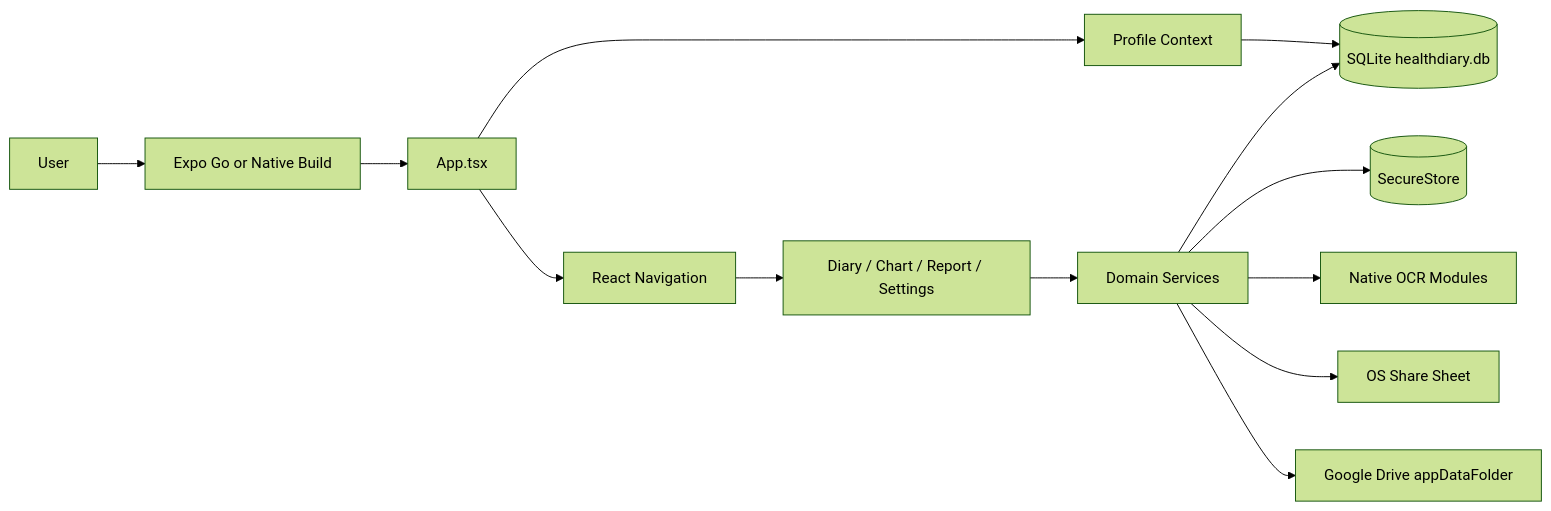
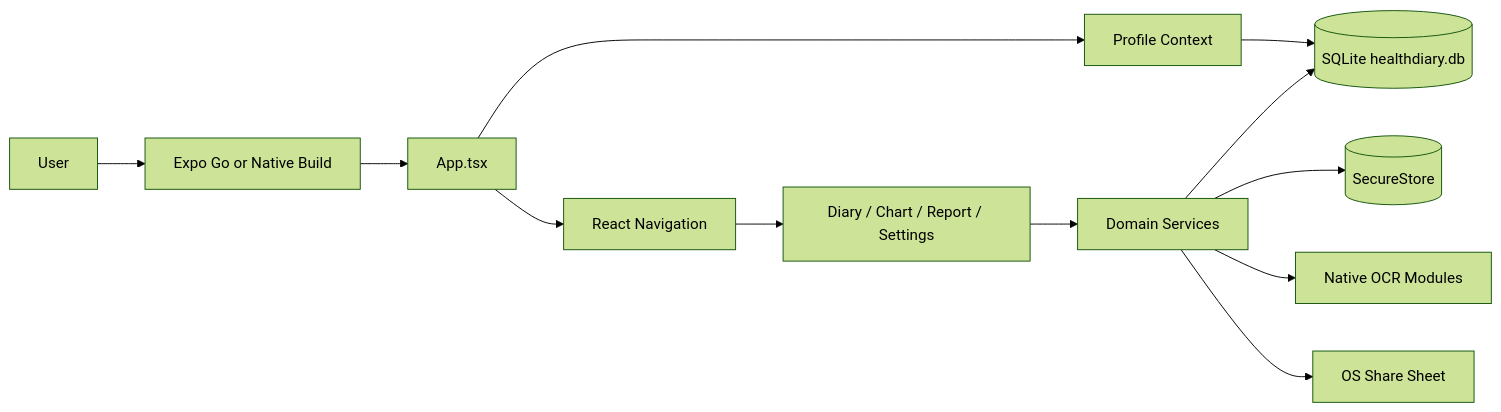
One commit to neetuaks/Health-Diary changed the first of 8 diagrams in docs/TECHNICAL-DESIGN.md. Above: the diagram before and after it, drawn with Mermaid (forest theme). The commit also changed other lines of this file and 106 other files, not shown here.

````diff
--- a/docs/TECHNICAL-DESIGN.md
+++ b/docs/TECHNICAL-DESIGN.md
@@ -15,15 +15,14 @@
 ```mermaid
 flowchart LR
     User[User] --> ExpoGo[Expo Go or Native Build]
     ExpoGo --> AppShell[App.tsx]
     AppShell --> Navigation[React Navigation]
     AppShell --> Profile[Profile Context]
     Profile --> SQLite[(SQLite healthdiary.db)]
     Navigation --> Screens[Diary / Chart / Report / Settings]
     Screens --> Services[Domain Services]
     Services --> SQLite
     Services --> SecureStore[(SecureStore)]
     Services --> NativeOCR[Native OCR Modules]
     Services --> OSShare[OS Share Sheet]
-    Services --> Drive[Google Drive appDataFolder]
 ```
````
